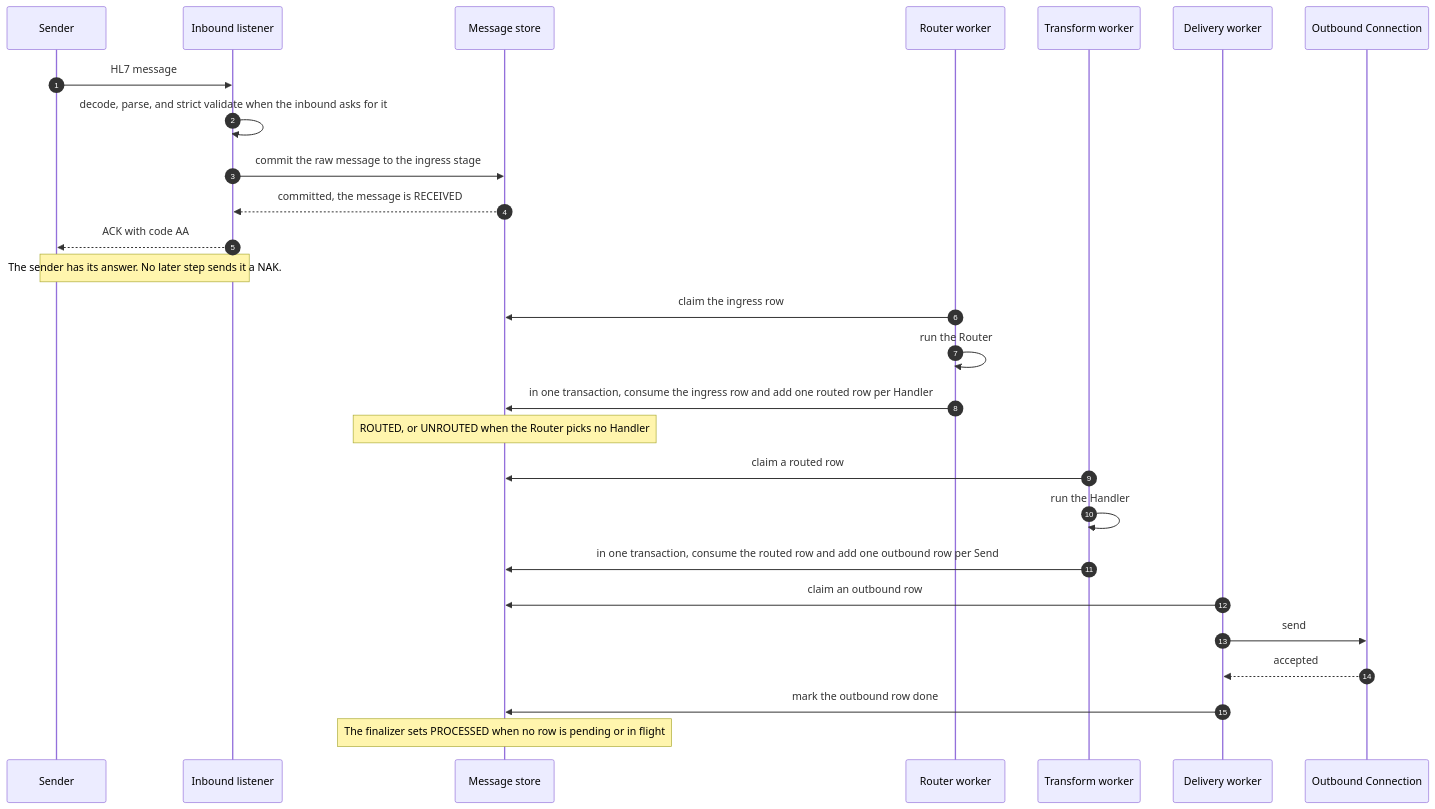
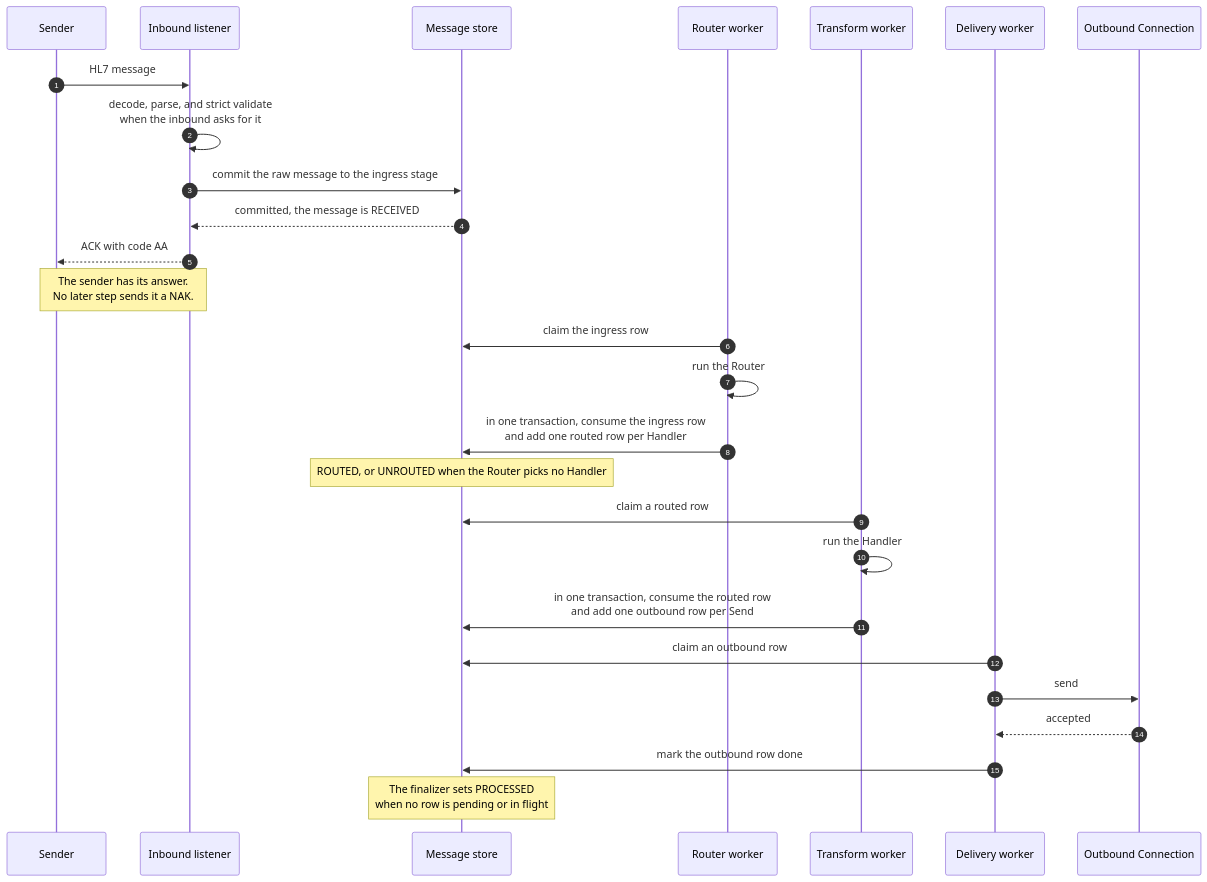
The fifth of 7 diagrams in docs/architecture-diagram.md (MEFORORG/MessageFoundry), drawn with Mermaid before and after one commit. The commit also changed other lines of this file, not shown here.

First line of the commit message:
docs(architecture): round two review fixes to the lifecycle diagrams

````diff
--- a/docs/architecture-diagram.md
+++ b/docs/architecture-diagram.md
@@ -336,33 +337,33 @@
 ```mermaid
 sequenceDiagram
   autonumber
   participant SND as Sender
   participant LSN as Inbound listener
   participant MST as Message store
   participant RTW as Router worker
   participant TRW as Transform worker
   participant DLW as Delivery worker
   participant OBC as Outbound Connection
 
   SND->>LSN: HL7 message
-  LSN->>LSN: decode, parse, and strict validate when the inbound asks for it
+  LSN->>LSN: decode, parse, and strict validate<br/>when the inbound asks for it
   LSN->>MST: commit the raw message to the ingress stage
   MST-->>LSN: committed, the message is RECEIVED
   LSN-->>SND: ACK with code AA
-  Note over SND,LSN: The sender has its answer. No later step sends it a NAK.
+  Note over SND,LSN: The sender has its answer.<br/>No later step sends it a NAK.
 
   RTW->>MST: claim the ingress row
   RTW->>RTW: run the Router
-  RTW->>MST: in one transaction, consume the ingress row and add one routed row per Handler
+  RTW->>MST: in one transaction, consume the ingress row<br/>and add one routed row per Handler
   Note over MST: ROUTED, or UNROUTED when the Router picks no Handler
 
   TRW->>MST: claim a routed row
   TRW->>TRW: run the Handler
-  TRW->>MST: in one transaction, consume the routed row and add one outbound row per Send
+  TRW->>MST: in one transaction, consume the routed row<br/>and add one outbound row per Send
 
   DLW->>MST: claim an outbound row
   DLW->>OBC: send
   OBC-->>DLW: accepted
   DLW->>MST: mark the outbound row done
-  Note over MST: The finalizer sets PROCESSED when no row is pending or in flight
+  Note over MST: The finalizer sets PROCESSED<br/>when no row is pending or in flight
 ```
````
